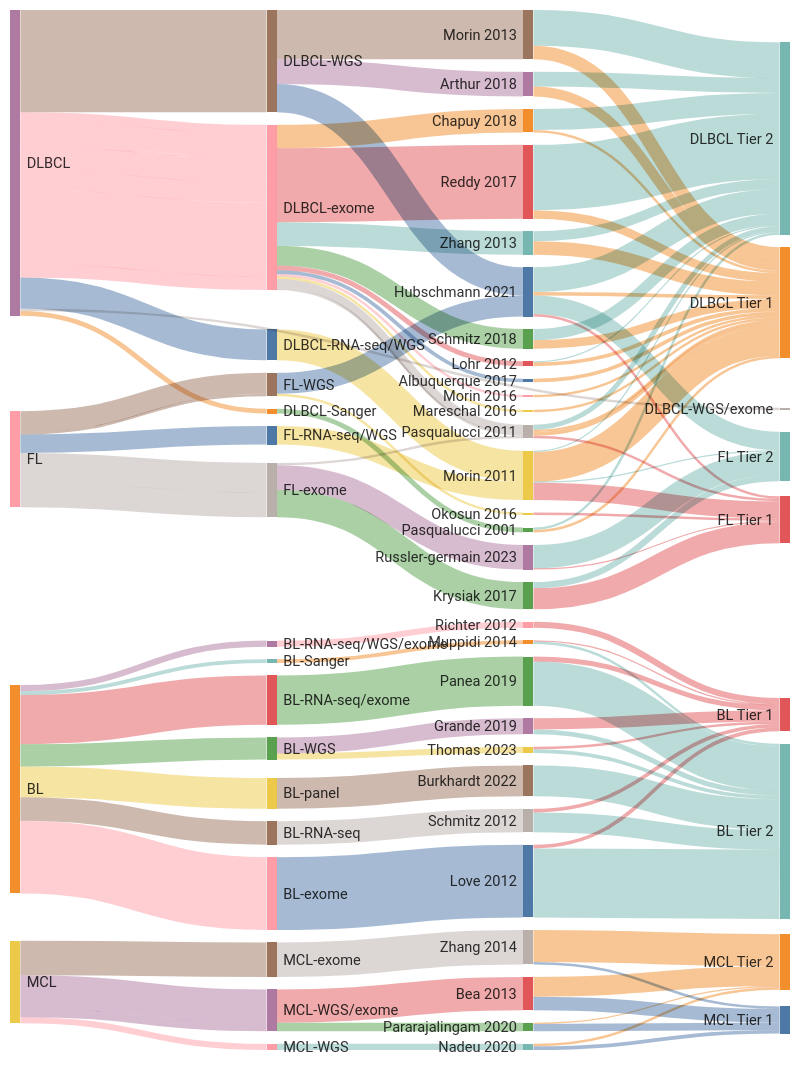
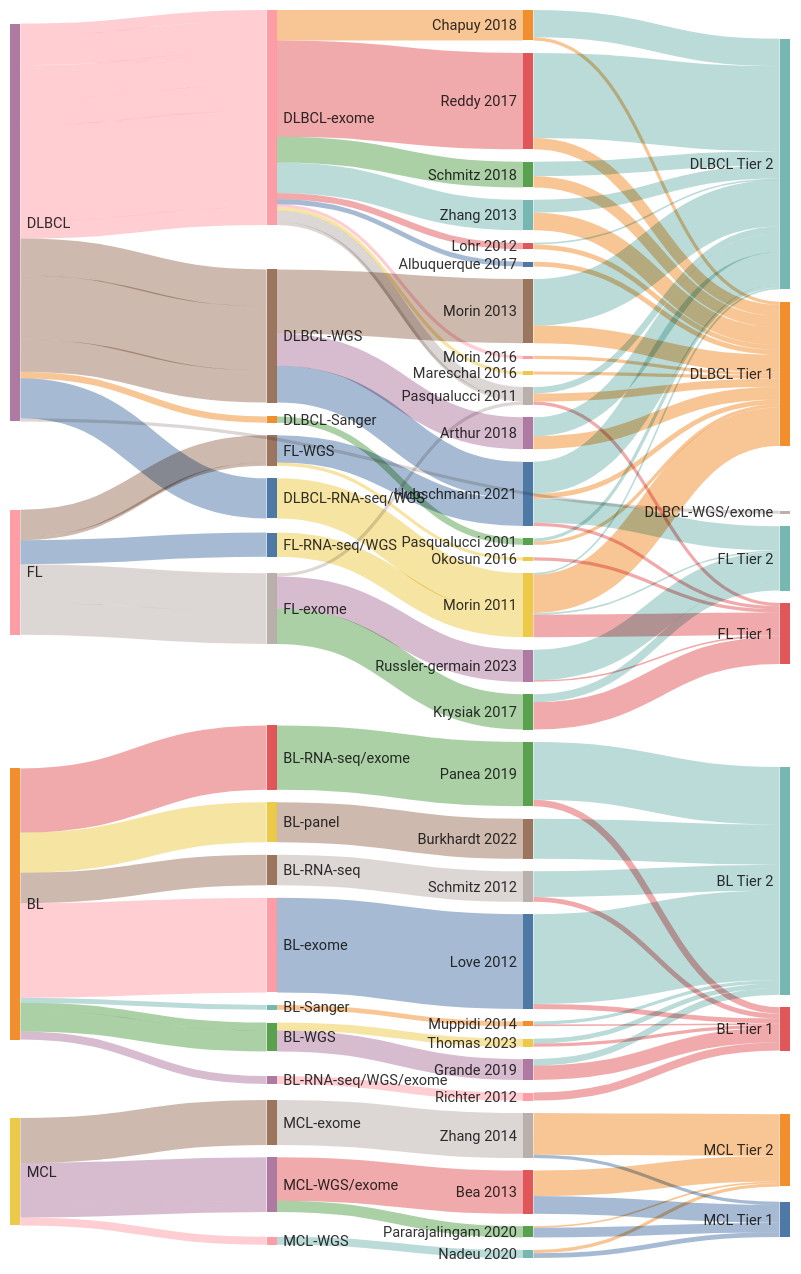
The diagram in Home.md (morinlab/lymphopedia), drawn with Mermaid before and after one commit.

```diff
--- a/Home.md
+++ b/Home.md
@@ -28,7 +28,7 @@
     showValues: false
     linkColor: target
     width: 750
-    height: 1000
+    height: 1200
     nodeAlignment: right
 ---
 sankey-beta
```
